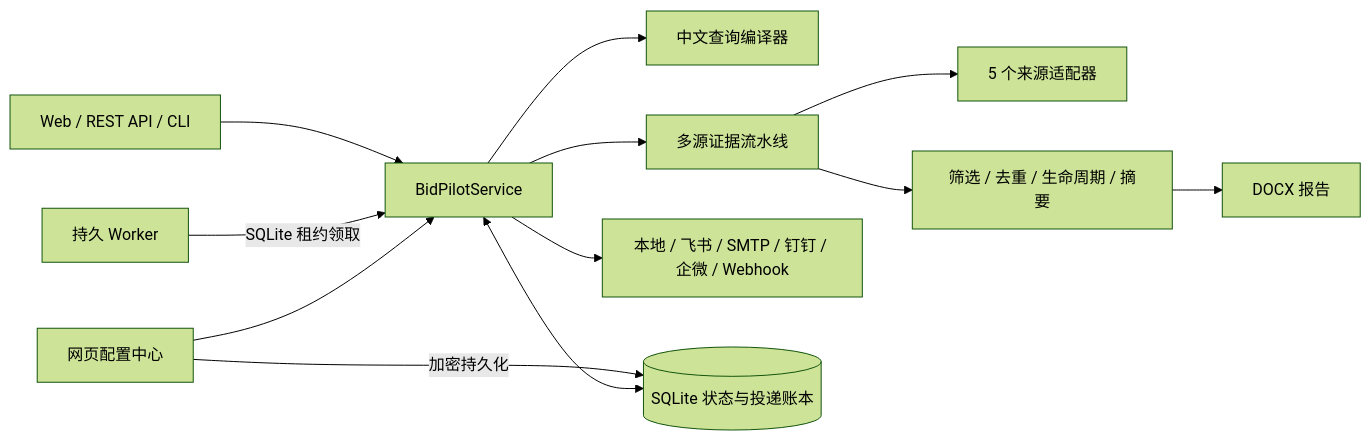
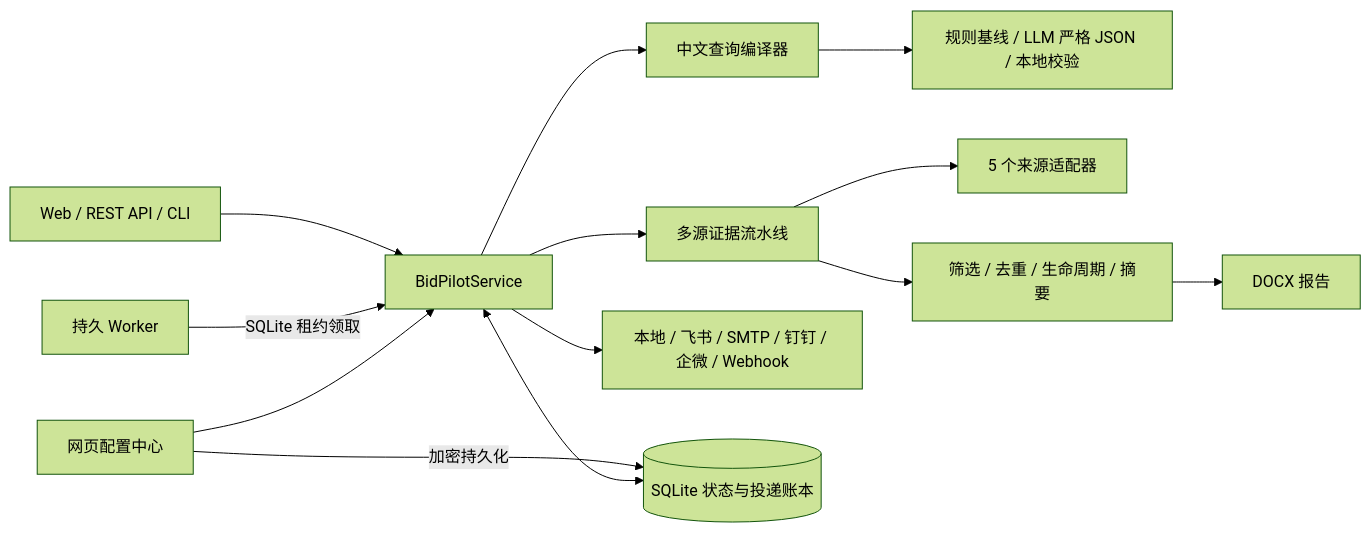
Before and after one commit to gitchw/bidpilot: the diagram in README.md, drawn with Mermaid (forest theme). The commit also changed other lines of this file and 30 other files, not shown here.

````diff
--- a/README.md
+++ b/README.md
@@ -27,14 +29,15 @@
 ```mermaid
 flowchart LR
     U["Web / REST API / CLI"] --> S["BidPilotService"]
     W["持久 Worker"] -->|"SQLite 租约领取"| S
     S --> Q["中文查询编译器"]
+    Q --> H["规则基线 / LLM 严格 JSON / 本地校验"]
     S --> P["多源证据流水线"]
     P --> A["5 个来源适配器"]
     P --> N["筛选 / 去重 / 生命周期 / 摘要"]
     N --> R["DOCX 报告"]
     S --> D["本地 / 飞书 / SMTP / 钉钉 / 企微 / Webhook"]
     C["网页配置中心"] -->|"加密持久化"| DB
     C --> S
     S <--> DB[("SQLite 状态与投递账本")]
 ```
````
